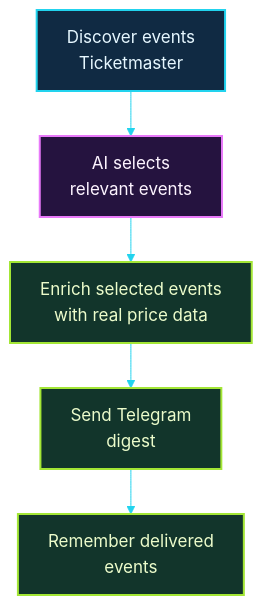
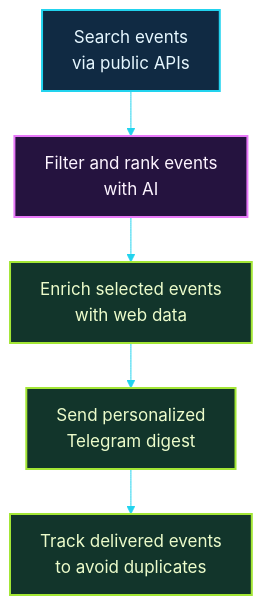
One commit to michalmarczuk/event-agent changed the first of 2 diagrams in README.md. Above: the diagram before and after it, drawn with Mermaid. The commit also changed other lines of this file and 6 other files, not shown here.

Commit message:
Simplify README product flow for newcomers

````diff
--- a/README.md
+++ b/README.md
@@ -12,15 +12,15 @@
 ```mermaid
 %%{init: {'theme': 'base', 'themeVariables': {'background': '#07111f', 'primaryColor': '#102a43', 'primaryTextColor': '#e6f7ff', 'primaryBorderColor': '#22d3ee', 'secondaryColor': '#25133f', 'tertiaryColor': '#12352b', 'lineColor': '#22d3ee', 'fontFamily': 'ui-sans-serif, system-ui', 'fontSize': '17px'}, 'flowchart': {'nodeSpacing': 35, 'rankSpacing': 45}}}%%
 flowchart TB
-    discover["Discover events<br/>Ticketmaster"] --> select["AI selects<br/>relevant events"]
-    select --> enrich["Enrich selected events<br/>with real price data"]
-    enrich --> send["Send Telegram<br/>digest"]
-    send --> remember["Remember delivered<br/>events"]
+    discover["Search events<br/>via public APIs"] --> select["Filter and rank events<br/>with AI"]
+    select --> enrich["Enrich selected events<br/>with web data"]
+    enrich --> send["Send personalized<br/>Telegram digest"]
+    send --> remember["Track delivered events<br/>to avoid duplicates"]
 
     classDef external fill:#102a43,stroke:#22d3ee,color:#e6f7ff,stroke-width:2px;
     classDef ai fill:#25133f,stroke:#e879f9,color:#fdf4ff,stroke-width:2px;
     classDef deterministic fill:#12352b,stroke:#a3e635,color:#ecfccb,stroke-width:2px;
     class discover external;
     class select ai;
     class enrich,send,remember deterministic;
 ```
````
